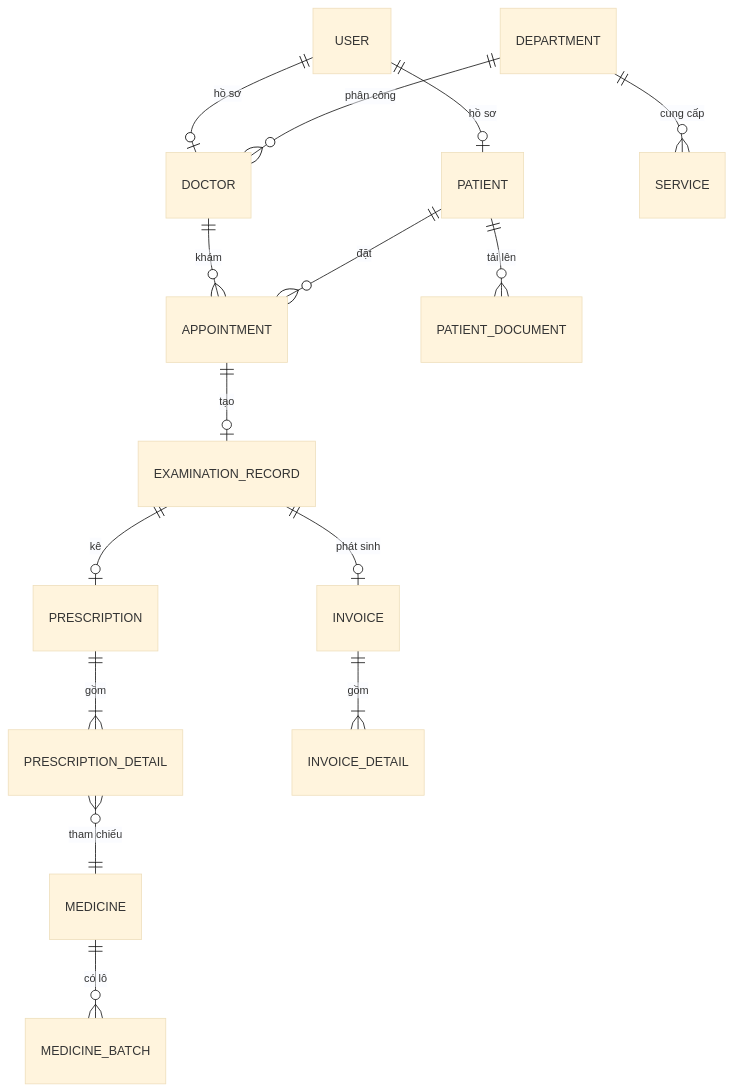
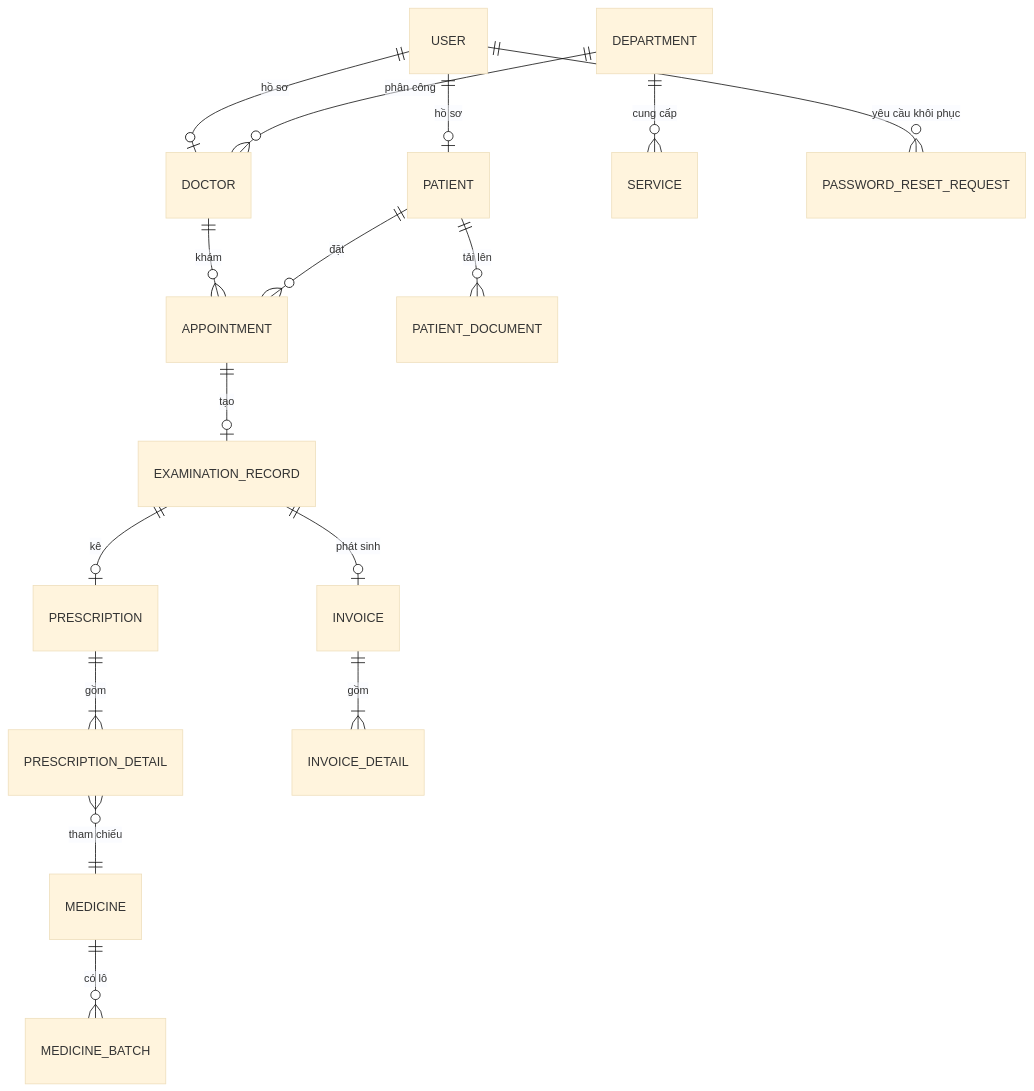
Before and after one commit to ngutr88/Quan-Ly-BV: the second of 3 diagrams in docs/MVC-STRUCTURE.md, drawn with Mermaid (base theme). The commit also changed other lines of this file, not shown here.

````diff
--- a/docs/MVC-STRUCTURE.md
+++ b/docs/MVC-STRUCTURE.md
@@ -93,17 +111,18 @@
 ```mermaid
 erDiagram
     USER ||--o| DOCTOR : "hồ sơ"
     USER ||--o| PATIENT : "hồ sơ"
     DEPARTMENT ||--o{ DOCTOR : "phân công"
     DEPARTMENT ||--o{ SERVICE : "cung cấp"
     DOCTOR ||--o{ APPOINTMENT : "khám"
     PATIENT ||--o{ APPOINTMENT : "đặt"
     APPOINTMENT ||--o| EXAMINATION_RECORD : "tạo"
     PATIENT ||--o{ PATIENT_DOCUMENT : "tải lên"
     EXAMINATION_RECORD ||--o| PRESCRIPTION : "kê"
     PRESCRIPTION ||--|{ PRESCRIPTION_DETAIL : "gồm"
     PRESCRIPTION_DETAIL }o--|| MEDICINE : "tham chiếu"
     MEDICINE ||--o{ MEDICINE_BATCH : "có lô"
     EXAMINATION_RECORD ||--o| INVOICE : "phát sinh"
     INVOICE ||--|{ INVOICE_DETAIL : "gồm"
+    USER ||--o{ PASSWORD_RESET_REQUEST : "yêu cầu khôi phục"
 ```
````
